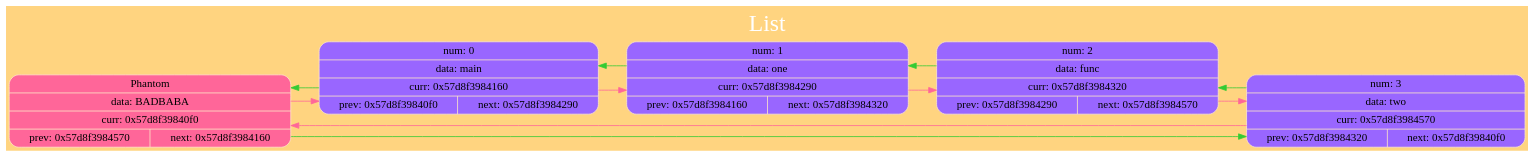
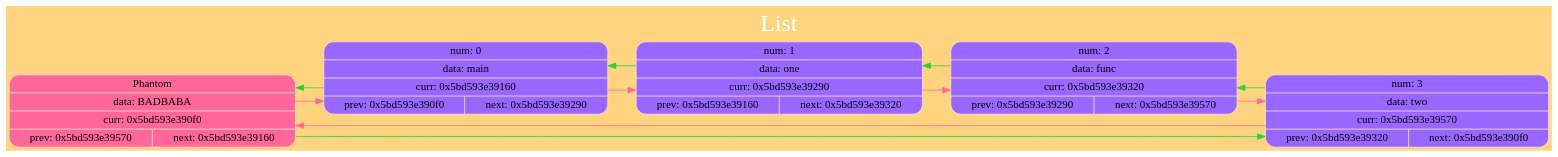
Before and after one commit to kand1bober/OOSD-Language: the diagram in StringList/dump/ListGraph.dot, drawn with Graphviz. The commit also changed 19 other files, not shown here.

```diff
--- a/StringList/dump/ListGraph.dot
+++ b/StringList/dump/ListGraph.dot
@@ -1,28 +1,28 @@
 digraph G
 {
 label="List";
  labelloc="t";
  fontsize=30
  fontname="Verdana";
  fontcolor="#FFFFFF"
 
 rankdir=LR; splines=ortho; size="200,300"; bgcolor="#ffd480";
-{ node_0x57d8f39840f0 [shape = record; style="rounded, filled", fillcolor="#ff6699", color="#FFE9C7", label=" { Phantom } | { data: BADBABA } | { curr: 0x57d8f39840f0 } | { { prev: 0x57d8f3984570 } | { next: 0x57d8f3984160 } }  "] 
+{ node_0x5bd593e390f0 [shape = record; style="rounded, filled", fillcolor="#ff6699", color="#FFE9C7", label=" { Phantom } | { data: BADBABA } | { curr: 0x5bd593e390f0 } | { { prev: 0x5bd593e39570 } | { next: 0x5bd593e39160 } }  "] 
 }
-node_0x57d8f3984160 [shape = record; style="rounded, filled", fillcolor="#9966FF", color="#FFE9C7", label=" { num: 0 } | { data: main } | { curr: 0x57d8f3984160 } | { { prev: 0x57d8f39840f0 } | { next: 0x57d8f3984290 } }  "] 
-node_0x57d8f3984290 [shape = record; style="rounded, filled", fillcolor="#9966FF", color="#FFE9C7", label=" { num: 1 } | { data: one } | { curr: 0x57d8f3984290 } | { { prev: 0x57d8f3984160 } | { next: 0x57d8f3984320 } }  "] 
-node_0x57d8f3984320 [shape = record; style="rounded, filled", fillcolor="#9966FF", color="#FFE9C7", label=" { num: 2 } | { data: func } | { curr: 0x57d8f3984320 } | { { prev: 0x57d8f3984290 } | { next: 0x57d8f3984570 } }  "] 
-node_0x57d8f3984570 [shape = record; style="rounded, filled", fillcolor="#9966FF", color="#FFE9C7", label=" { num: 3 } | { data: two } | { curr: 0x57d8f3984570 } | { { prev: 0x57d8f3984320 } | { next: 0x57d8f39840f0 } }  "] 
+node_0x5bd593e39160 [shape = record; style="rounded, filled", fillcolor="#9966FF", color="#FFE9C7", label=" { num: 0 } | { data: main } | { curr: 0x5bd593e39160 } | { { prev: 0x5bd593e390f0 } | { next: 0x5bd593e39290 } }  "] 
+node_0x5bd593e39290 [shape = record; style="rounded, filled", fillcolor="#9966FF", color="#FFE9C7", label=" { num: 1 } | { data: one } | { curr: 0x5bd593e39290 } | { { prev: 0x5bd593e39160 } | { next: 0x5bd593e39320 } }  "] 
+node_0x5bd593e39320 [shape = record; style="rounded, filled", fillcolor="#9966FF", color="#FFE9C7", label=" { num: 2 } | { data: func } | { curr: 0x5bd593e39320 } | { { prev: 0x5bd593e39290 } | { next: 0x5bd593e39570 } }  "] 
+node_0x5bd593e39570 [shape = record; style="rounded, filled", fillcolor="#9966FF", color="#FFE9C7", label=" { num: 3 } | { data: two } | { curr: 0x5bd593e39570 } | { { prev: 0x5bd593e39320 } | { next: 0x5bd593e390f0 } }  "] 
 
-node_0x57d8f39840f0 -> node_0x57d8f3984160 [color ="#ff6699"];
-node_0x57d8f39840f0 -> node_0x57d8f3984570 [color ="#34cb34"];
-node_0x57d8f3984160 -> node_0x57d8f3984290 [color ="#ff6699"];
-node_0x57d8f3984160 -> node_0x57d8f39840f0 [color ="#34cb34"];
-node_0x57d8f3984290 -> node_0x57d8f3984320 [color ="#ff6699"];
-node_0x57d8f3984290 -> node_0x57d8f3984160 [color ="#34cb34"];
-node_0x57d8f3984320 -> node_0x57d8f3984570 [color ="#ff6699"];
-node_0x57d8f3984320 -> node_0x57d8f3984290 [color ="#34cb34"];
-node_0x57d8f3984570 -> node_0x57d8f39840f0 [color ="#ff6699"];
-node_0x57d8f3984570 -> node_0x57d8f3984320 [color ="#34cb34"];
+node_0x5bd593e390f0 -> node_0x5bd593e39160 [color ="#ff6699"];
+node_0x5bd593e390f0 -> node_0x5bd593e39570 [color ="#34cb34"];
+node_0x5bd593e39160 -> node_0x5bd593e39290 [color ="#ff6699"];
+node_0x5bd593e39160 -> node_0x5bd593e390f0 [color ="#34cb34"];
+node_0x5bd593e39290 -> node_0x5bd593e39320 [color ="#ff6699"];
+node_0x5bd593e39290 -> node_0x5bd593e39160 [color ="#34cb34"];
+node_0x5bd593e39320 -> node_0x5bd593e39570 [color ="#ff6699"];
+node_0x5bd593e39320 -> node_0x5bd593e39290 [color ="#34cb34"];
+node_0x5bd593e39570 -> node_0x5bd593e390f0 [color ="#ff6699"];
+node_0x5bd593e39570 -> node_0x5bd593e39320 [color ="#34cb34"];
 
 }
```
